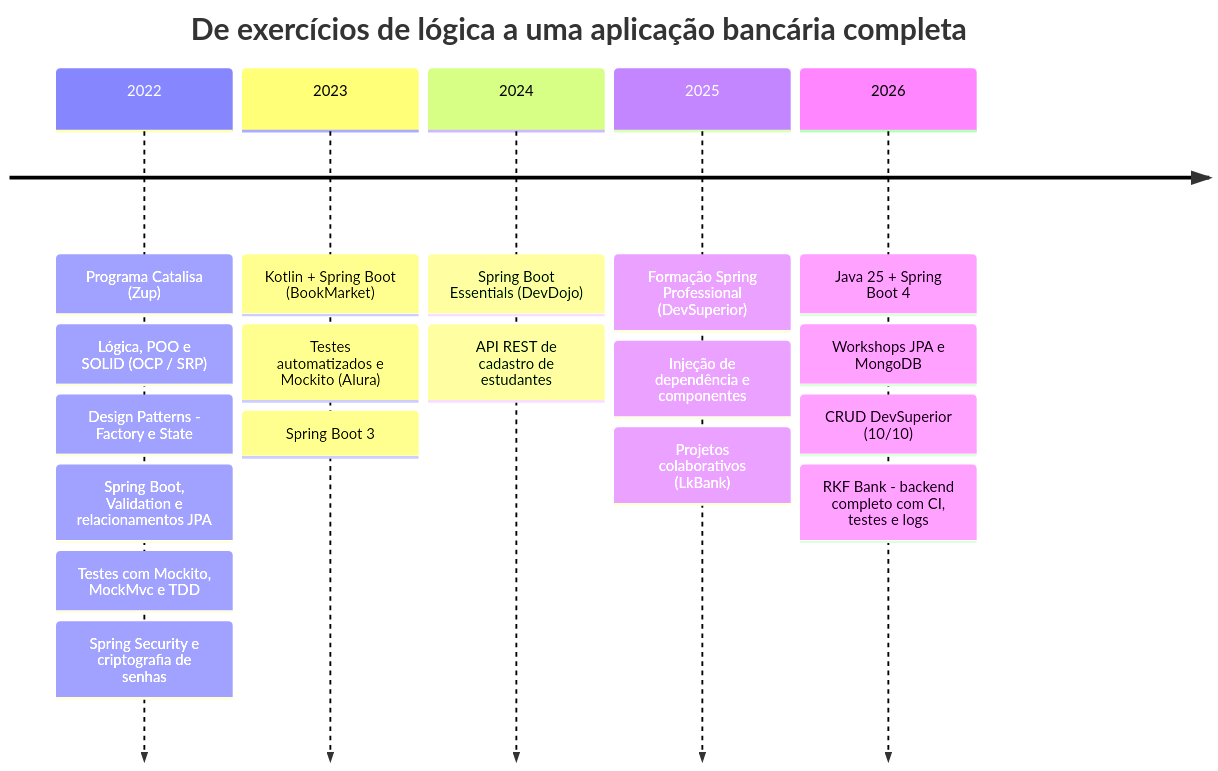
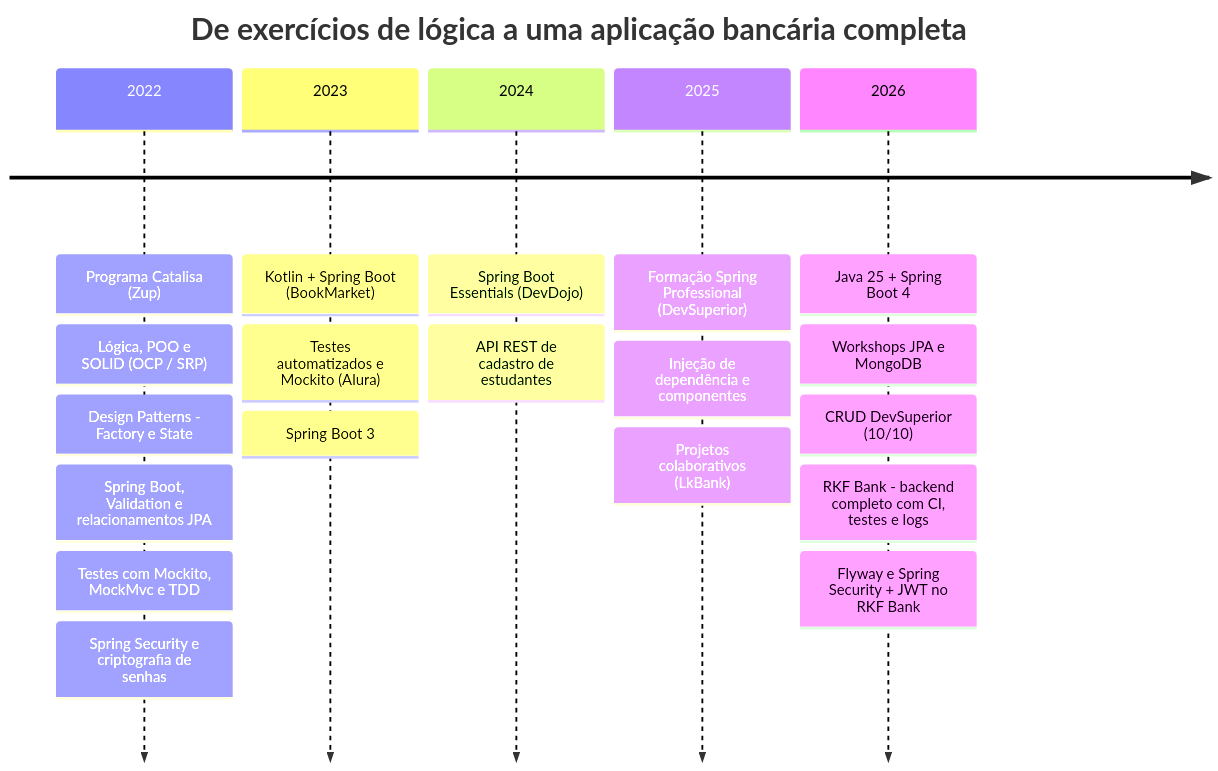
Before and after one commit to k3vinrich4rd/k3vinrich4rd: the third of 13 diagrams in README.md, drawn with Mermaid. The commit also changed other lines of this file and 8 other files, not shown here.

First line of the commit message:
feat(perfil): flashcards do dia, biblioteca do Obsidian e RKF Bank atualizado

````diff
--- a/README.md
+++ b/README.md
@@ -247,22 +252,23 @@
 ```mermaid
 timeline
     title De exercícios de lógica a uma aplicação bancária completa
     2022 : Programa Catalisa (Zup)
          : Lógica, POO e SOLID (OCP / SRP)
          : Design Patterns - Factory e State
          : Spring Boot, Validation e relacionamentos JPA
          : Testes com Mockito, MockMvc e TDD
          : Spring Security e criptografia de senhas
     2023 : Kotlin + Spring Boot (BookMarket)
          : Testes automatizados e Mockito (Alura)
          : Spring Boot 3
     2024 : Spring Boot Essentials (DevDojo)
          : API REST de cadastro de estudantes
     2025 : Formação Spring Professional (DevSuperior)
          : Injeção de dependência e componentes
          : Projetos colaborativos (LkBank)
     2026 : Java 25 + Spring Boot 4
          : Workshops JPA e MongoDB
          : CRUD DevSuperior (10/10)
          : RKF Bank - backend completo com CI, testes e logs
+         : Flyway e Spring Security + JWT no RKF Bank
 ```
````
